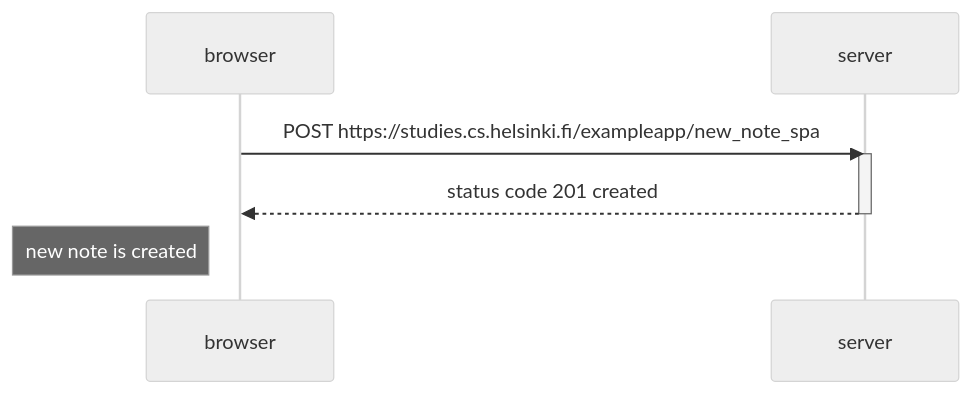
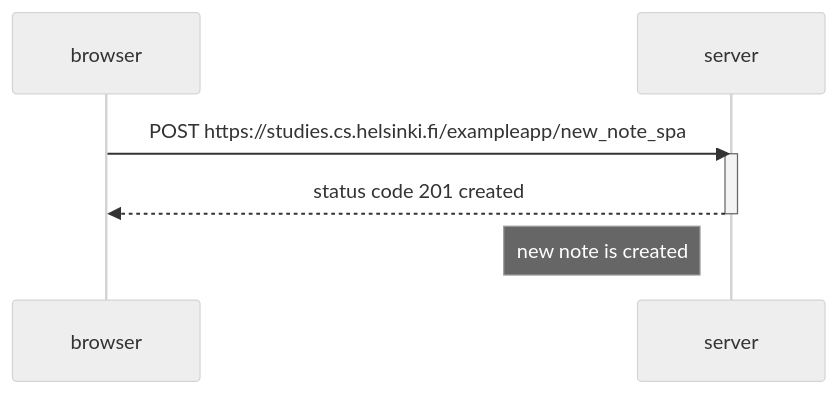
Before and after one commit to abdulgafar01/full-stack-open-2024: the diagram in Part 0/0.6-New-note-in-Single-page-app-diagram.md, drawn with Mermaid (neutral theme).

Commit message:
0.6-New-note-in-single-page-app-diagram

````diff
--- a/Part 0/0.6-New-note-in-Single-page-app-diagram.md
+++ b/Part 0/0.6-New-note-in-Single-page-app-diagram.md
@@ -1,15 +1,15 @@
 ``` mermaid
 sequenceDiagram
     participant browser
     participant server
 
     browser ->> server: POST https://studies.cs.helsinki.fi/exampleapp/new_note_spa
     activate server
     server -->> browser: status code 201 created
     deactivate server
-    Note left of browser: new note is created
+    Note left of server: new note is created
 
 
 
 
 ```
````
